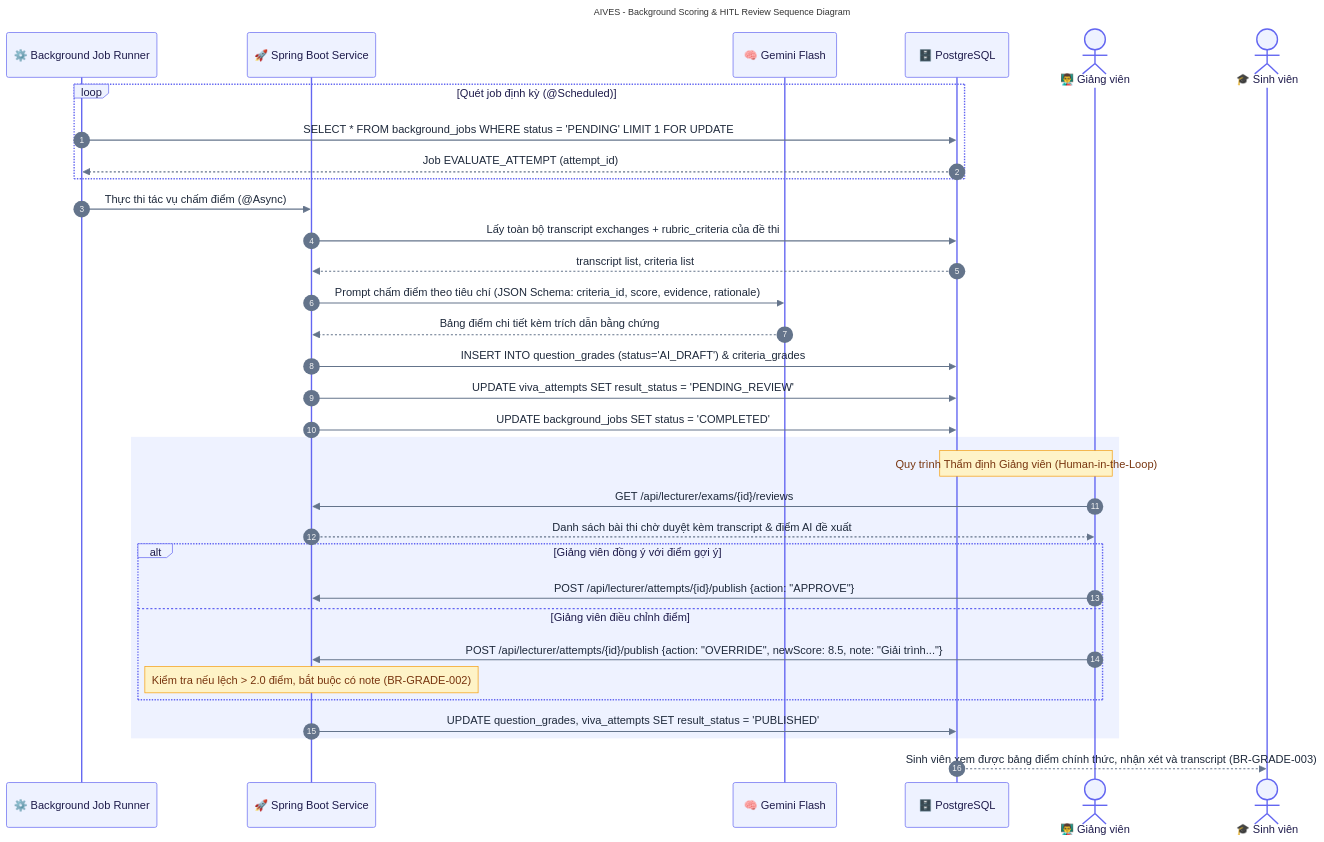
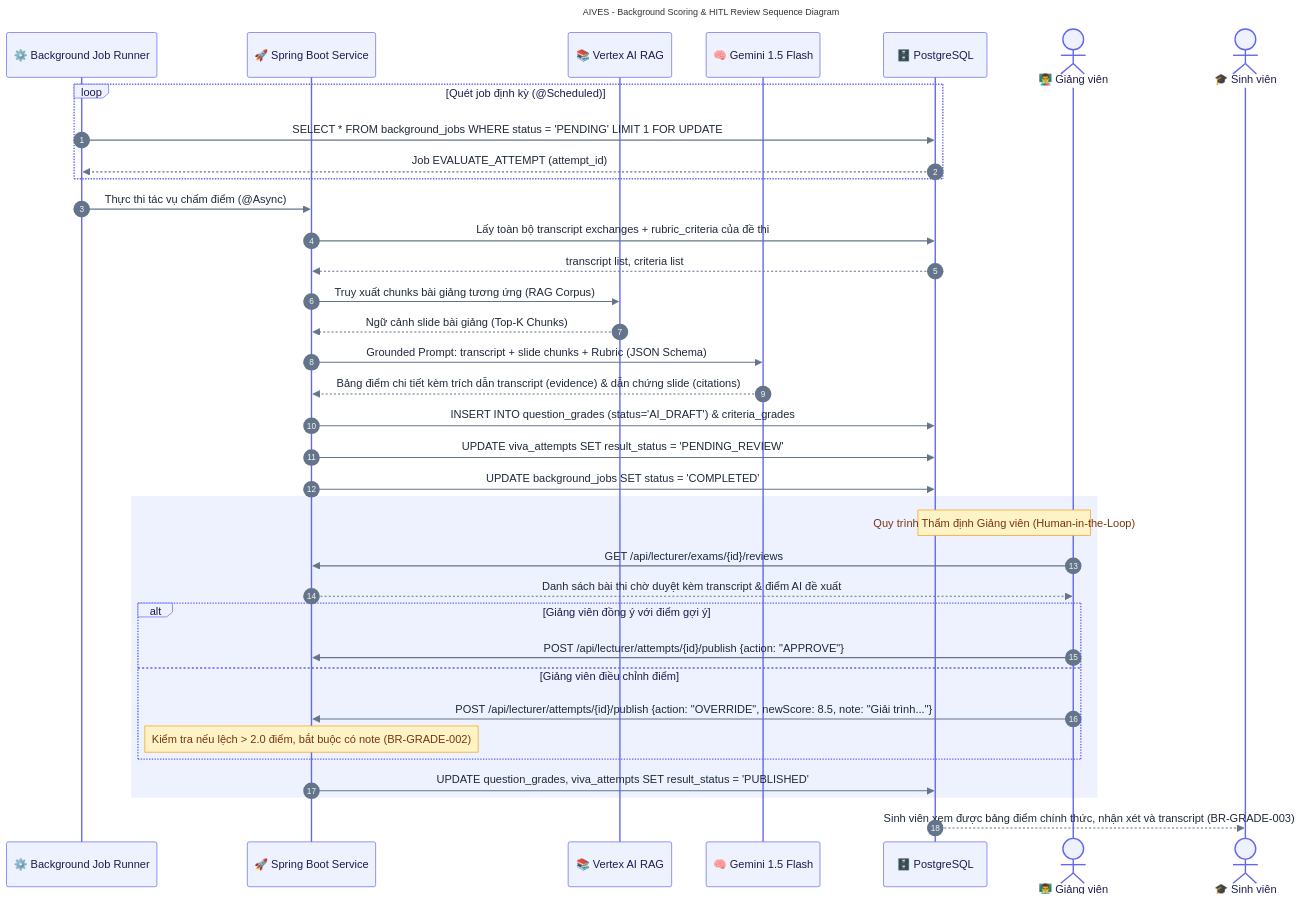
Before and after one commit to SWD392-Group-4/AI-powered-Viva-Exam-System: the diagram in document/scoring-hitl-review-sequence.mmd, drawn with Mermaid. The commit also changed 9 other files, not shown here.

Commit message:
docs: add software architecture design report and system documentation files

```diff
--- a/document/scoring-hitl-review-sequence.mmd
+++ b/document/scoring-hitl-review-sequence.mmd
@@ -1,59 +1,62 @@
 ---
 title: AIVES - Background Scoring & HITL Review Sequence Diagram
 ---
 
 %%{init: {
   'theme': 'base',
   'themeVariables': {
     'actorBkg': '#EEF2FF',
     'actorBorder': '#6366F1',
     'actorTextColor': '#1E1B4B',
     'signalColor': '#64748B',
     'signalTextColor': '#1E293B',
     'noteBkgColor': '#FEF3C7',
     'noteBorderColor': '#F59E0B',
     'noteTextColor': '#78350F',
     'fontFamily': 'Inter, system-ui, sans-serif',
     'fontSize': '13px'
   }
 }}%%
 
 sequenceDiagram
     autonumber
     participant JOB as ⚙️ Background Job Runner
     participant BE as 🚀 Spring Boot Service
-    participant AI as 🧠 Gemini Flash
+    participant RAG as 📚 Vertex AI RAG
+    participant AI as 🧠 Gemini 1.5 Flash
     participant DB as 🗄️ PostgreSQL
     actor GV as 👨‍🏫 Giảng viên
     actor SV as 🎓 Sinh viên
 
     loop Quét job định kỳ (@Scheduled)
         JOB->>DB: SELECT * FROM background_jobs WHERE status = 'PENDING' LIMIT 1 FOR UPDATE
         DB-->>JOB: Job EVALUATE_ATTEMPT (attempt_id)
     end
 
     JOB->>BE: Thực thi tác vụ chấm điểm (@Async)
     BE->>DB: Lấy toàn bộ transcript exchanges + rubric_criteria của đề thi
     DB-->>BE: transcript list, criteria list
 
-    BE->>AI: Prompt chấm điểm theo tiêu chí (JSON Schema: criteria_id, score, evidence, rationale)
-    AI-->>BE: Bảng điểm chi tiết kèm trích dẫn bằng chứng
+    BE->>RAG: Truy xuất chunks bài giảng tương ứng (RAG Corpus)
+    RAG-->>BE: Ngữ cảnh slide bài giảng (Top-K Chunks)
+    BE->>AI: Grounded Prompt: transcript + slide chunks + Rubric (JSON Schema)
+    AI-->>BE: Bảng điểm chi tiết kèm trích dẫn transcript (evidence) & dẫn chứng slide (citations)
     BE->>DB: INSERT INTO question_grades (status='AI_DRAFT') & criteria_grades
     BE->>DB: UPDATE viva_attempts SET result_status = 'PENDING_REVIEW'
     BE->>DB: UPDATE background_jobs SET status = 'COMPLETED'
 
     rect rgb(238, 242, 255)
         Note over GV, DB: Quy trình Thẩm định Giảng viên (Human-in-the-Loop)
         GV->>BE: GET /api/lecturer/exams/{id}/reviews
         BE-->>GV: Danh sách bài thi chờ duyệt kèm transcript & điểm AI đề xuất
         
         alt Giảng viên đồng ý với điểm gợi ý
             GV->>BE: POST /api/lecturer/attempts/{id}/publish {action: "APPROVE"}
         else Giảng viên điều chỉnh điểm
             GV->>BE: POST /api/lecturer/attempts/{id}/publish {action: "OVERRIDE", newScore: 8.5, note: "Giải trình..."}
             Note over BE: Kiểm tra nếu lệch > 2.0 điểm, bắt buộc có note (BR-GRADE-002)
         end
         BE->>DB: UPDATE question_grades, viva_attempts SET result_status = 'PUBLISHED'
     end
 
     DB-->>SV: Sinh viên xem được bảng điểm chính thức, nhận xét và transcript (BR-GRADE-003)
```
